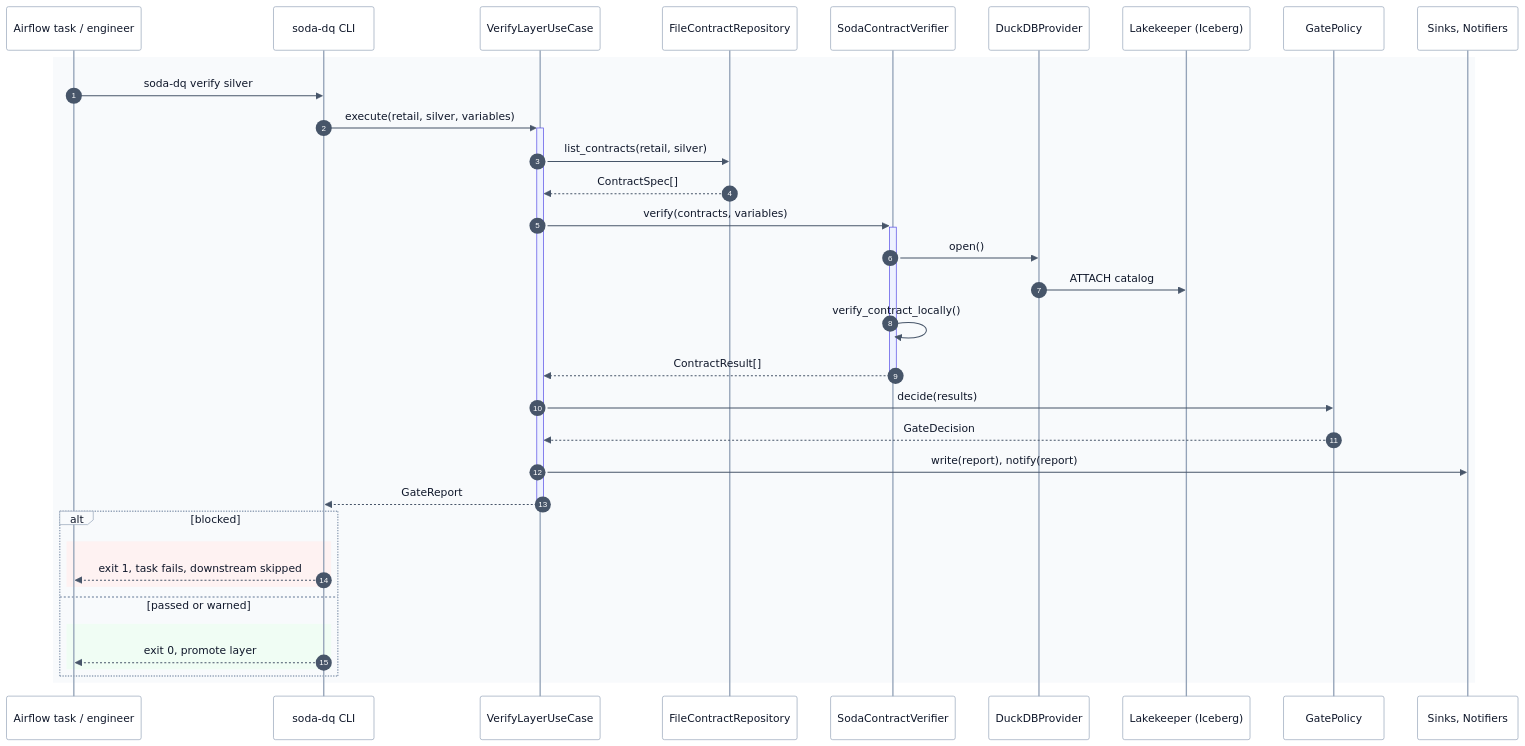
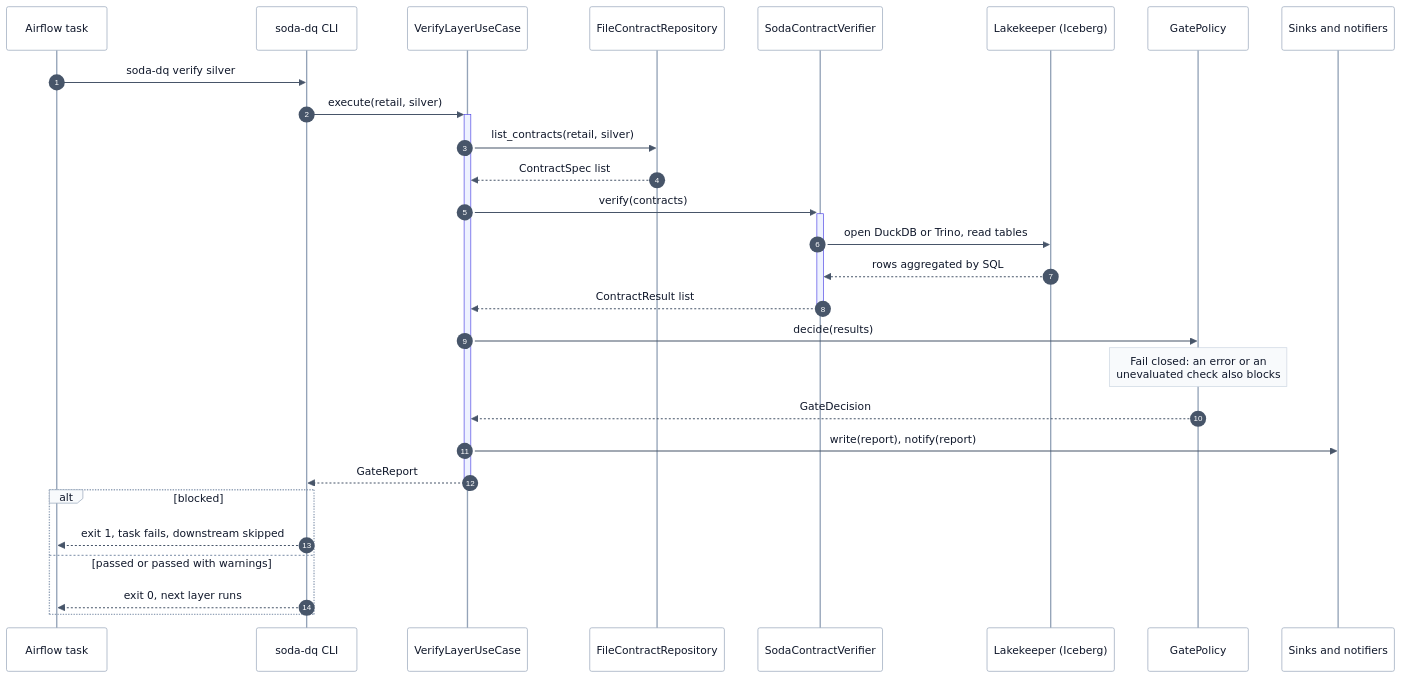
The sixth of 10 diagrams in docs/system-design.md (santoshshinde2012/lakehouse-quality-gates), drawn with Mermaid before and after one commit. The commit also changed other lines of this file and 63 other files, not shown here.

First line of the commit message:
docs: restructure documentation and diagrams

````diff
--- a/docs/system-design.md
+++ b/docs/system-design.md
@@ -608,38 +684,35 @@
 ```mermaid
 %%{init: {'theme':'base','themeVariables':{'fontFamily':'Inter, system-ui, -apple-system, Segoe UI, Helvetica, Arial, sans-serif','fontSize':'14px','primaryColor':'#ffffff','primaryTextColor':'#0f172a','primaryBorderColor':'#94a3b8','secondaryColor':'#f8fafc','tertiaryColor':'#f8fafc','lineColor':'#64748b','textColor':'#0f172a','clusterBkg':'#f8fafc','clusterBorder':'#cbd5e1','titleColor':'#334155','edgeLabelBackground':'#ffffff','noteBkgColor':'#f8fafc','noteTextColor':'#0f172a','noteBorderColor':'#cbd5e1','actorBkg':'#ffffff','actorBorder':'#94a3b8','actorTextColor':'#0f172a','actorLineColor':'#94a3b8','signalColor':'#475569','signalTextColor':'#0f172a','labelBoxBkgColor':'#f8fafc','labelBoxBorderColor':'#94a3b8','labelTextColor':'#0f172a','loopTextColor':'#0f172a','activationBkgColor':'#eef2ff','activationBorderColor':'#4f46e5','sequenceNumberColor':'#ffffff','classText':'#0f172a','xyChart':{'backgroundColor':'#ffffff','plotColorPalette':'#4f46e5, #d97706, #0d9488','titleColor':'#0f172a','xAxisLabelColor':'#334155','yAxisLabelColor':'#334155','xAxisLineColor':'#94a3b8','yAxisLineColor':'#94a3b8'}}}}%%
+%% Title: Gate run sequence
+%% Purpose: What happens, in order, when one layer is gated
+%% Last updated: 2026-10-13
+%% Theme: docs/diagrams/THEME.md (shared init line above). Edit here, then run: make diagrams
 sequenceDiagram
   autonumber
-  participant U as Airflow task / engineer
+  participant U as Airflow task
   participant C as soda-dq CLI
   participant V as VerifyLayerUseCase
   participant R as FileContractRepository
   participant S as SodaContractVerifier
-  participant D as DuckDBProvider
   participant L as Lakekeeper (Iceberg)
   participant P as GatePolicy
-  participant K as Sinks, Notifiers
-  rect rgb(248, 250, 252)
-    U->>C: soda-dq verify silver
-    C->>+V: execute(retail, silver, variables)
-    V->>R: list_contracts(retail, silver)
-    R-->>V: ContractSpec[]
-    V->>+S: verify(contracts, variables)
-    S->>D: open()
-    D->>L: ATTACH catalog
-    S->>S: verify_contract_locally()
-    S-->>-V: ContractResult[]
-    V->>P: decide(results)
-    P-->>V: GateDecision
-    V->>K: write(report), notify(report)
-    V-->>-C: GateReport
-    alt blocked
-      rect rgb(254, 242, 242)
-        C-->>U: exit 1, task fails, downstream skipped
-      end
-    else passed or warned
-      rect rgb(240, 253, 244)
-        C-->>U: exit 0, promote layer
-      end
-    end
+  participant K as Sinks and notifiers
+  U->>C: soda-dq verify silver
+  C->>+V: execute(retail, silver)
+  V->>R: list_contracts(retail, silver)
+  R-->>V: ContractSpec list
+  V->>+S: verify(contracts)
+  S->>L: open DuckDB or Trino, read tables
+  L-->>S: rows aggregated by SQL
+  S-->>-V: ContractResult list
+  V->>P: decide(results)
+  Note over P: Fail closed: an error or an<br/>unevaluated check also blocks
+  P-->>V: GateDecision
+  V->>K: write(report), notify(report)
+  V-->>-C: GateReport
+  alt blocked
+    C-->>U: exit 1, task fails, downstream skipped
+  else passed or passed with warnings
+    C-->>U: exit 0, next layer runs
   end
 ```
````
